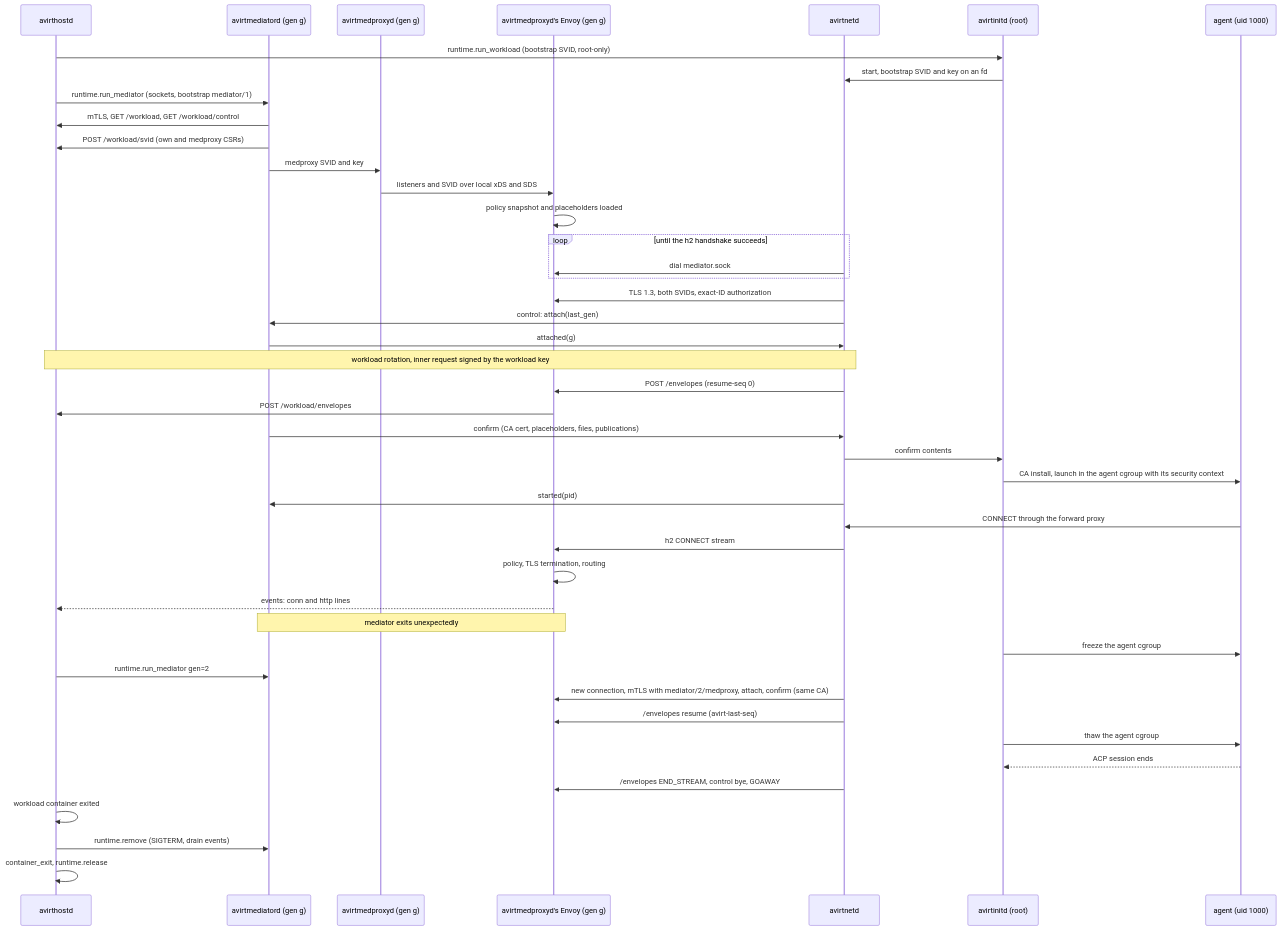
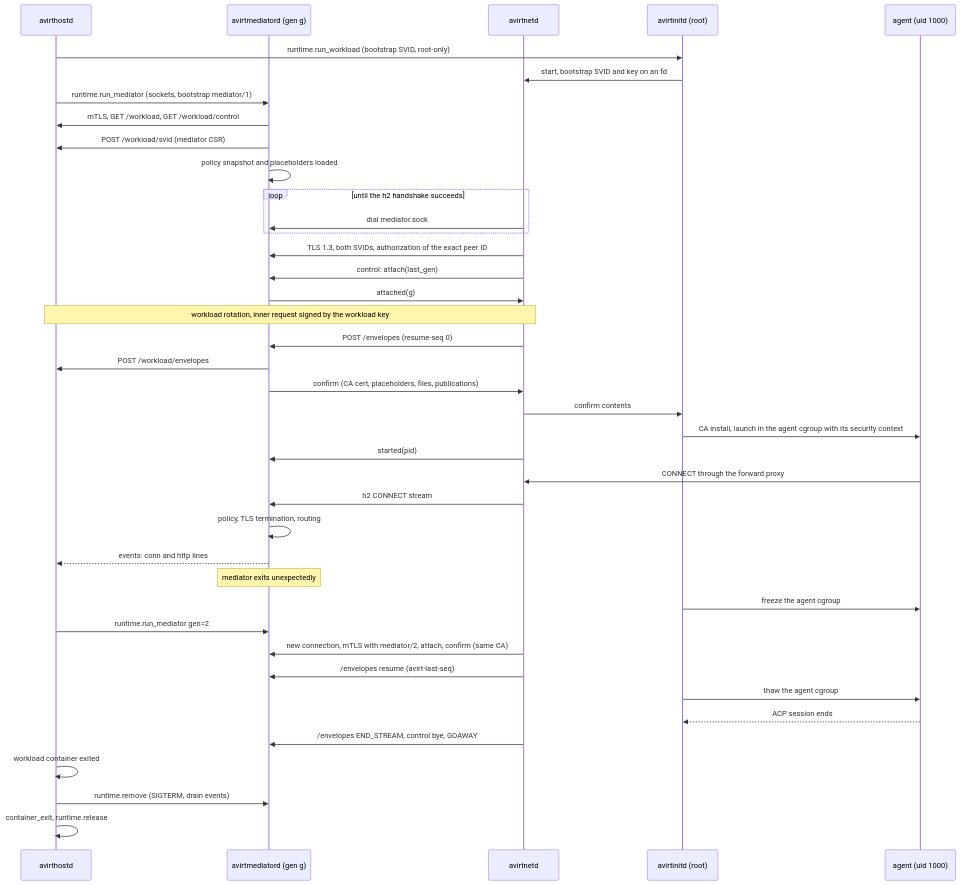
The diagram in docs/workload-topology.md (tbhb-dev/avirt), drawn with Mermaid before and after one commit. The commit also changed other lines of this file and 116 other files, not shown here.

````diff
--- a/docs/workload-topology.md
+++ b/docs/workload-topology.md
@@ -156,46 +189,42 @@
 ```mermaid
 sequenceDiagram
     participant C as avirthostd
     participant M as avirtmediatord (gen g)
-    participant P as avirtmedproxyd (gen g)
-    participant E as avirtmedproxyd's Envoy (gen g)
     participant N as avirtnetd
     participant I as avirtinitd (root)
     participant A as agent (uid 1000)
     C->>I: runtime.run_workload (bootstrap SVID, root-only)
     I->>N: start, bootstrap SVID and key on an fd
     C->>M: runtime.run_mediator (sockets, bootstrap mediator/1)
     M->>C: mTLS, GET /workload, GET /workload/control
-    M->>C: POST /workload/svid (own and medproxy CSRs)
-    M->>P: medproxy SVID and key
-    P->>E: listeners and SVID over local xDS and SDS
-    E->>E: policy snapshot and placeholders loaded
+    M->>C: POST /workload/svid (mediator CSR)
+    M->>M: policy snapshot and placeholders loaded
     loop until the h2 handshake succeeds
-        N->>E: dial mediator.sock
+        N->>M: dial mediator.sock
     end
-    N->>E: TLS 1.3, both SVIDs, exact-ID authorization
+    N->>M: TLS 1.3, both SVIDs, authorization of the exact peer ID
     N->>M: control: attach(last_gen)
     M->>N: attached(g)
     Note over C,N: workload rotation, inner request signed by the workload key
-    N->>E: POST /envelopes (resume-seq 0)
-    E->>C: POST /workload/envelopes
+    N->>M: POST /envelopes (resume-seq 0)
+    M->>C: POST /workload/envelopes
     M->>N: confirm (CA cert, placeholders, files, publications)
     N->>I: confirm contents
     I->>A: CA install, launch in the agent cgroup with its security context
     N->>M: started(pid)
     A->>N: CONNECT through the forward proxy
-    N->>E: h2 CONNECT stream
-    E->>E: policy, TLS termination, routing
-    E-->>C: events: conn and http lines
-    Note over M,E: mediator exits unexpectedly
+    N->>M: h2 CONNECT stream
+    M->>M: policy, TLS termination, routing
+    M-->>C: events: conn and http lines
+    Note over M: mediator exits unexpectedly
     I->>A: freeze the agent cgroup
     C->>M: runtime.run_mediator gen=2
-    N->>E: new connection, mTLS with mediator/2/medproxy, attach, confirm (same CA)
-    N->>E: /envelopes resume (avirt-last-seq)
+    N->>M: new connection, mTLS with mediator/2, attach, confirm (same CA)
+    N->>M: /envelopes resume (avirt-last-seq)
     I->>A: thaw the agent cgroup
     A-->>I: ACP session ends
-    N->>E: /envelopes END_STREAM, control bye, GOAWAY
+    N->>M: /envelopes END_STREAM, control bye, GOAWAY
     C->>C: workload container exited
     C->>M: runtime.remove (SIGTERM, drain events)
     C->>C: container_exit, runtime.release
 ```
````
